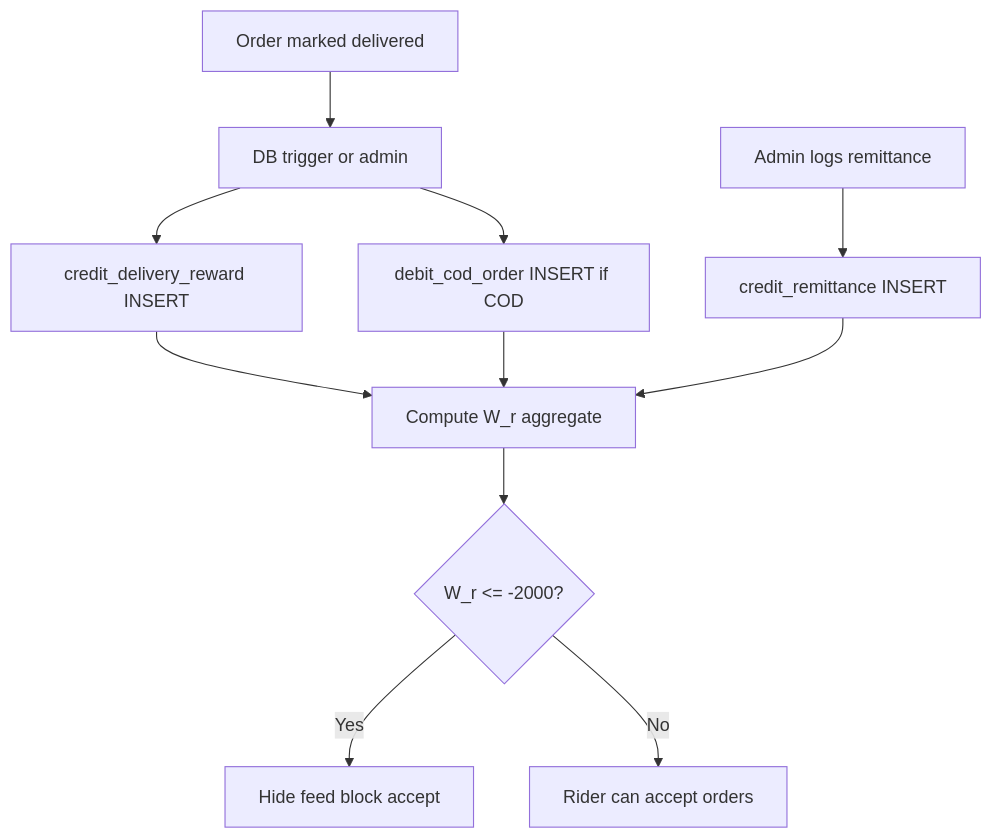
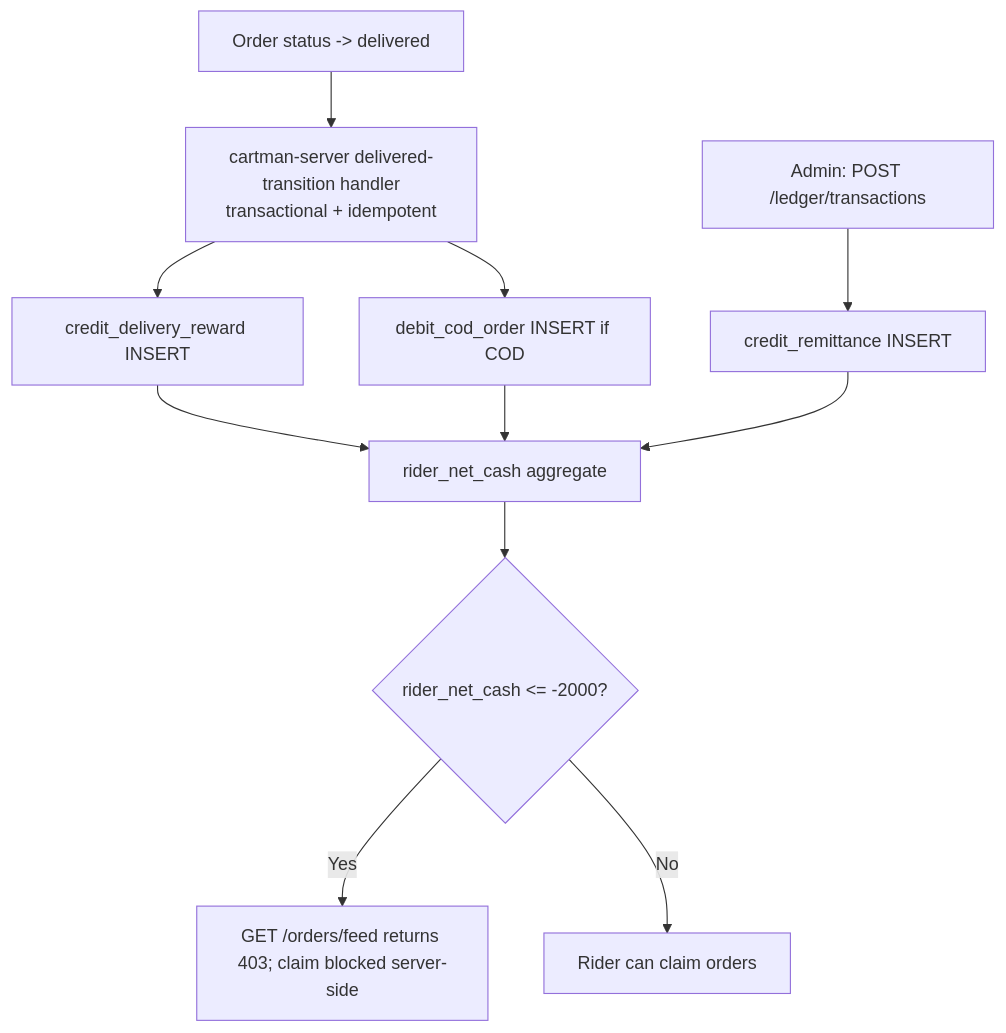
One commit to xzen-projects/cartman-ph-docs changed diagram 11 of 13 in docs/breakdown/flows.md. Above: the diagram before and after it, drawn with Mermaid. The commit also changed other lines of this file and 3 other files, not shown here.

First line of the commit message:
docs: mirror architecture reconciliation into breakdown docs

````diff
--- a/docs/breakdown/flows.md
+++ b/docs/breakdown/flows.md
@@ -294,16 +302,16 @@
 ```mermaid
 flowchart TB
-  Delivered[Order marked delivered] --> Trigger[DB trigger or admin]
-  Trigger --> Credit[credit_delivery_reward INSERT]
-  Trigger --> Debit[debit_cod_order INSERT if COD]
+  Delivered[Order status -> delivered] --> ServerWriter[cartman-server delivered-transition handler\ntransactional + idempotent]
+  ServerWriter --> Credit[credit_delivery_reward INSERT]
+  ServerWriter --> Debit[debit_cod_order INSERT if COD]
 
-  AdminRemit[Admin logs remittance] --> Remit[credit_remittance INSERT]
+  AdminRemit[Admin: POST /ledger/transactions] --> Remit[credit_remittance INSERT]
 
-  Credit --> Compute[Compute W_r aggregate]
+  Credit --> Compute[rider_net_cash aggregate]
   Debit --> Compute
   Remit --> Compute
 
-  Compute --> Check{W_r <= -2000?}
-  Check -->|Yes| Lockout[Hide feed block accept]
-  Check -->|No| Normal[Rider can accept orders]
+  Compute --> Check{rider_net_cash <= -2000?}
+  Check -->|Yes| Lockout[GET /orders/feed returns 403; claim blocked server-side]
+  Check -->|No| Normal[Rider can claim orders]
 ```
````
